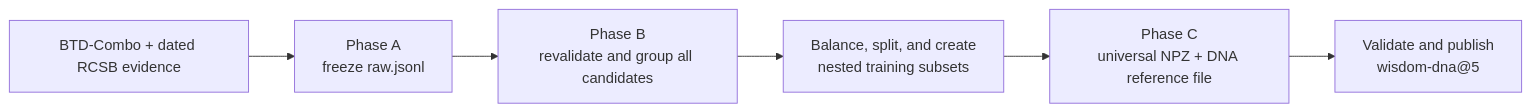
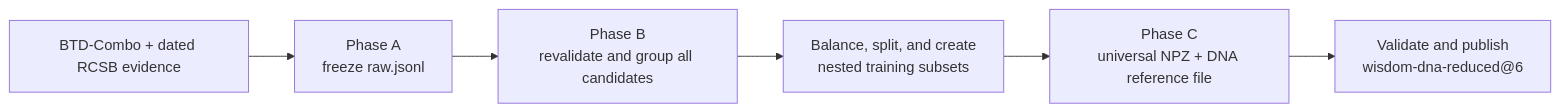
The first of 5 diagrams in README.md (Davimity/WISDOM), drawn with Mermaid before and after one commit. The commit also changed other lines of this file and 71 other files, not shown here.

First line of the commit message:
Implement the WISDOM experimental roadmap and surface-aware evaluation

````diff
--- a/README.md
+++ b/README.md
@@ -333,8 +332,8 @@
 ```mermaid
 flowchart LR
     A["BTD-Combo + dated RCSB evidence"] --> B["Phase A<br/>freeze raw.jsonl"]
     B --> C["Phase B<br/>revalidate and group all candidates"]
     C --> D["Balance, split, and create<br/>nested training subsets"]
     D --> E["Phase C<br/>universal NPZ + DNA reference file"]
-    E --> F["Validate and publish<br/>wisdom-dna@5"]
+    E --> F["Validate and publish<br/>wisdom-dna-reduced@6"]
 ```
````
